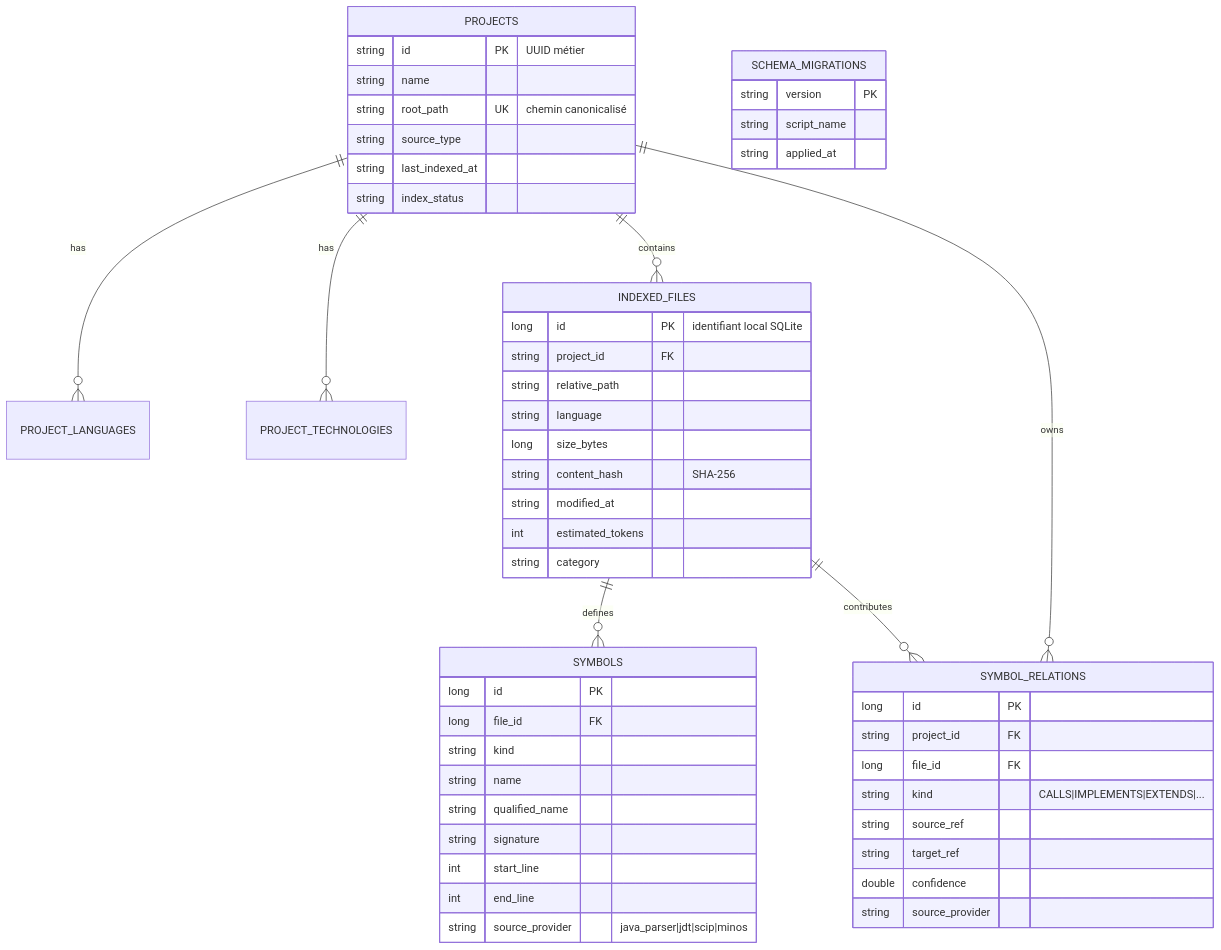
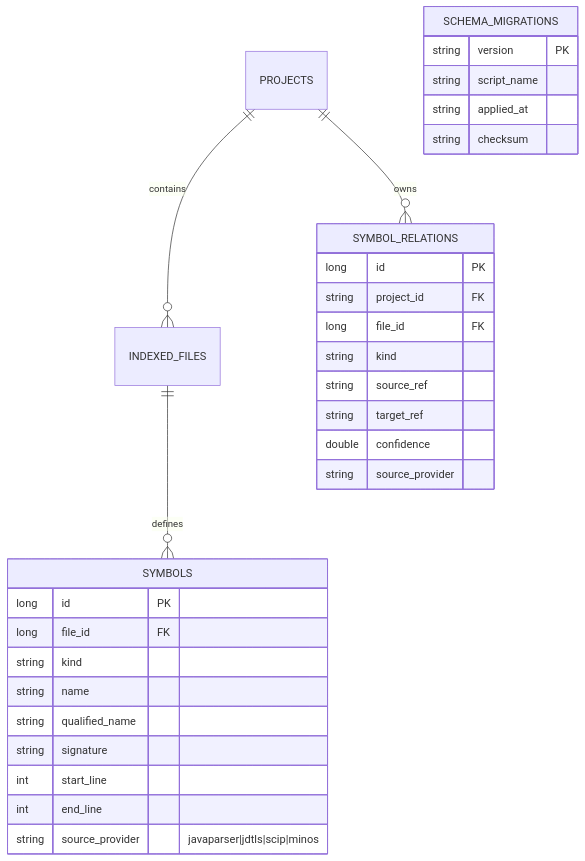
One commit to FTurleque/nexus-context-engine changed the fourth of 4 diagrams in docs/architecture/arc42/05-vue-blocs.md. Above: the diagram before and after it, drawn with Mermaid. The commit also changed other lines of this file, not shown here.

````diff
--- a/docs/architecture/arc42/05-vue-blocs.md
+++ b/docs/architecture/arc42/05-vue-blocs.md
@@ -186,59 +120,36 @@
 ```mermaid
 erDiagram
-    PROJECTS ||--o{ PROJECT_LANGUAGES : has
-    PROJECTS ||--o{ PROJECT_TECHNOLOGIES : has
     PROJECTS ||--o{ INDEXED_FILES : contains
     INDEXED_FILES ||--o{ SYMBOLS : defines
     PROJECTS ||--o{ SYMBOL_RELATIONS : owns
-    INDEXED_FILES ||--o{ SYMBOL_RELATIONS : contributes
-
-    PROJECTS {
-        string id PK "UUID métier"
-        string name
-        string root_path UK "chemin canonicalisé"
-        string source_type
-        string last_indexed_at
-        string index_status
-    }
-
-    INDEXED_FILES {
-        long id PK "identifiant local SQLite"
-        string project_id FK
-        string relative_path
-        string language
-        long size_bytes
-        string content_hash "SHA-256"
-        string modified_at
-        int estimated_tokens
-        string category
-    }
 
     SYMBOLS {
         long id PK
         long file_id FK
         string kind
         string name
         string qualified_name
         string signature
         int start_line
         int end_line
-        string source_provider "java_parser|jdt|scip|minos"
+        string source_provider "javaparser|jdtls|scip|minos"
     }
 
     SYMBOL_RELATIONS {
         long id PK
         string project_id FK
         long file_id FK
-        string kind "CALLS|IMPLEMENTS|EXTENDS|..."
+        string kind
         string source_ref
         string target_ref
         double confidence
         string source_provider
     }
 
     SCHEMA_MIGRATIONS {
         string version PK
         string script_name
         string applied_at
+        string checksum
     }
 ```
````
